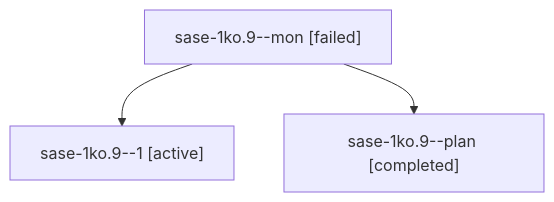
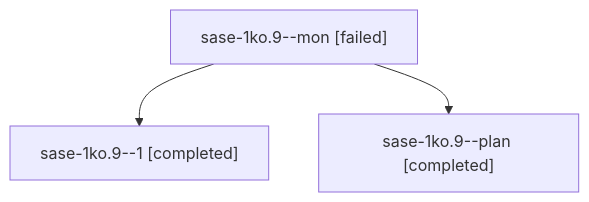
Before and after one commit to sase-org/sase--agents: the diagram in sessions/bbugyi200.apollo.sase-1ko.9.md, drawn with Mermaid. The commit also changed other lines of this file and 42 other files, not shown here.

````diff
--- a/sessions/bbugyi200.apollo.sase-1ko.9.md
+++ b/sessions/bbugyi200.apollo.sase-1ko.9.md
@@ -9,8 +9,8 @@
 ```mermaid
 flowchart TD
   n0["sase-1ko.9--mon [failed]"]
-  n1["sase-1ko.9--1 [active]"]
+  n1["sase-1ko.9--1 [completed]"]
   n0 --> n1
   n2["sase-1ko.9--plan [completed]"]
   n0 --> n2
 ```
````
